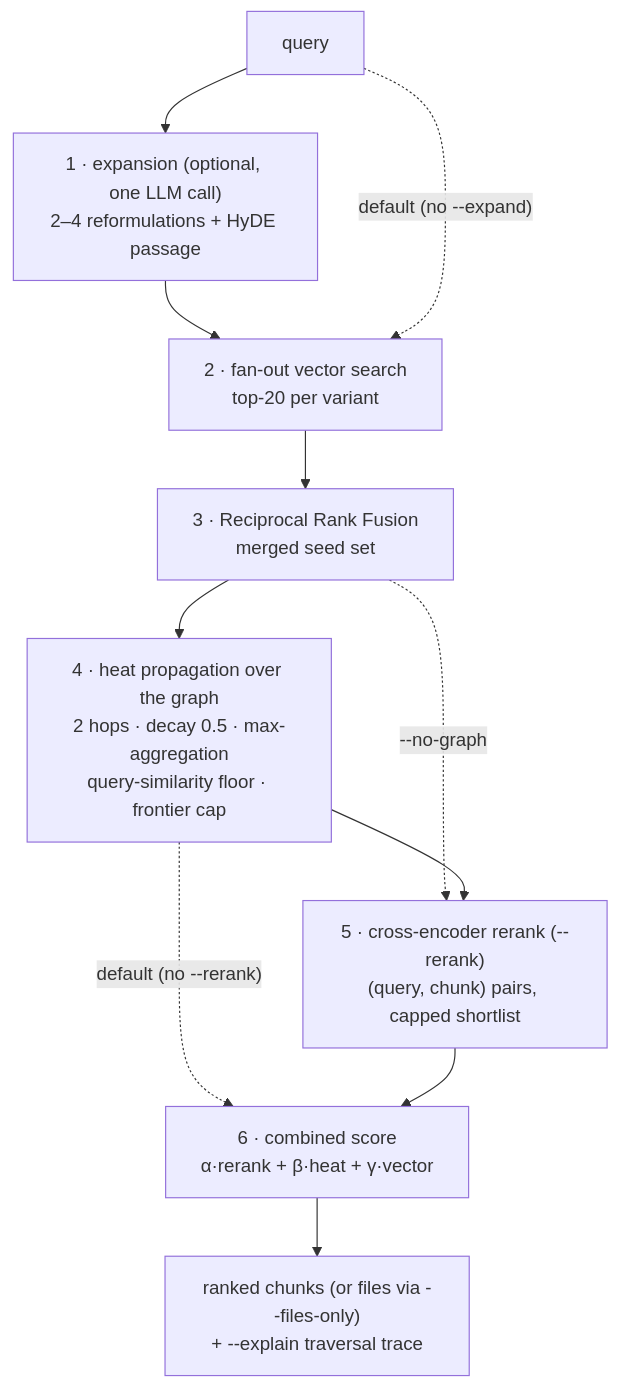
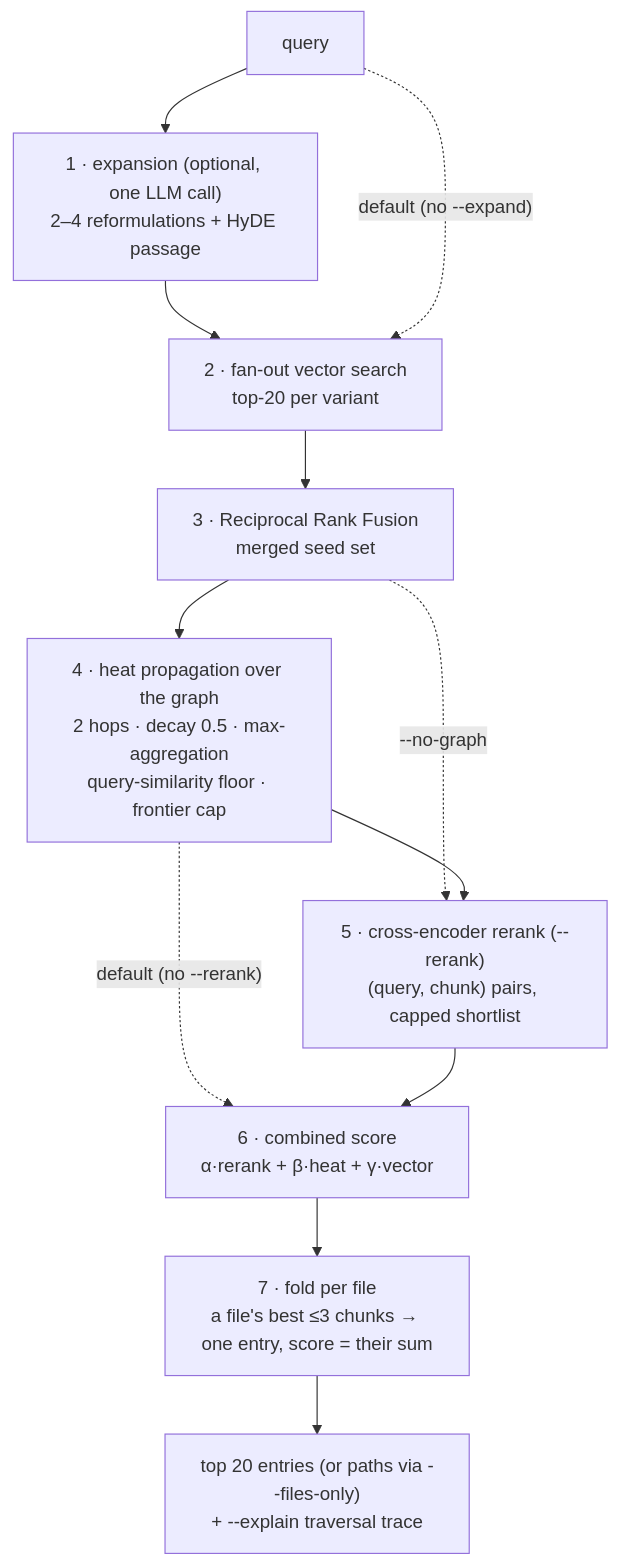
Before and after one commit to alber70g/ragx-cli: the second of 3 diagrams in README.md, drawn with Mermaid. The commit also changed other lines of this file and 12 other files, not shown here.

First line of the commit message:
feat(query)!: fold results per file; --top counts files, default 20

````diff
--- a/README.md
+++ b/README.md
@@ -109,13 +116,14 @@
 ```mermaid
 flowchart TD
     Q[query] --> X["1 · expansion (optional, one LLM call)<br/>2–4 reformulations + HyDE passage"]
     X --> S["2 · fan-out vector search<br/>top-20 per variant"]
     Q -. "default (no --expand)" .-> S
     S --> R["3 · Reciprocal Rank Fusion<br/>merged seed set"]
     R --> H["4 · heat propagation over the graph<br/>2 hops · decay 0.5 · max-aggregation<br/>query-similarity floor · frontier cap"]
     R -. "--no-graph" .-> K
     H --> K["5 · cross-encoder rerank (--rerank)<br/>(query, chunk) pairs, capped shortlist"]
     H -. "default (no --rerank)" .-> F
     K --> F["6 · combined score<br/>α·rerank + β·heat + γ·vector"]
-    F --> O["ranked chunks (or files via --files-only)<br/>+ --explain traversal trace"]
+    F --> G["7 · fold per file<br/>a file's best ≤3 chunks → one entry, score = their sum"]
+    G --> O["top 20 entries (or paths via --files-only)<br/>+ --explain traversal trace"]
 ```
````
